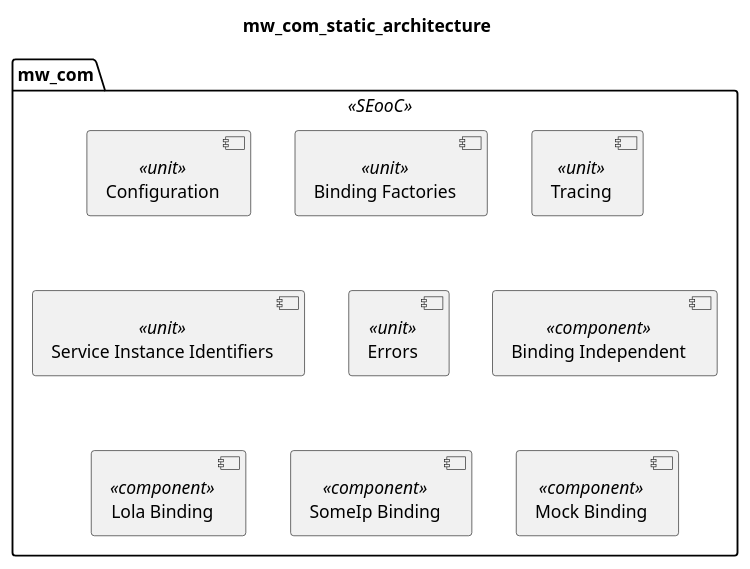
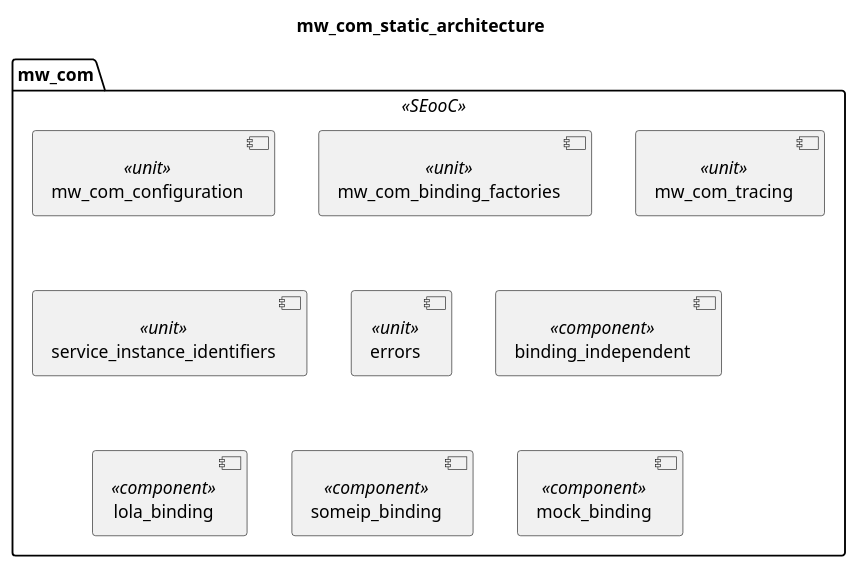
The diagram in score/mw/com/dependability/architectural_design/static_design/overall.puml (eclipse-score/communication), drawn with PlantUML before and after one commit. The commit also changed 20 other files, not shown here.

```diff
--- a/score/mw/com/dependability/architectural_design/static_design/overall.puml
+++ b/score/mw/com/dependability/architectural_design/static_design/overall.puml
@@ -13,17 +13,17 @@
 @startuml safety_sentinel_mwcom_design
 title "mw_com_static_architecture"
 
-package "mw_com" as mw_com <<SEooC>>  {
-  component "Configuration" as mw_com_configuration <<unit>>
-  component "Binding Factories" as mw_com_binding_factories <<unit>>
-  component "Tracing" as mw_com_tracing <<unit>>
-  component "Service Instance Identifiers" as service_instance_identifiers <<unit>>
-  component "Errors" as errors <<unit>>
+package mw_com <<SEooC>>  {
+  component mw_com_configuration <<unit>>
+  component mw_com_binding_factories <<unit>>
+  component mw_com_tracing <<unit>>
+  component service_instance_identifiers <<unit>>
+  component errors <<unit>>
 
-  component "Binding Independent" as binding_independent <<component>>
-  component "Lola Binding" as lola_binding <<component>>
-  component "SomeIp Binding" as someip_binding <<component>>
-  component "Mock Binding" as mock_binding <<component>>
+  component binding_independent <<component>>
+  component lola_binding <<component>>
+  component someip_binding <<component>>
+  component mock_binding <<component>>
 }
 
 @enduml
```
